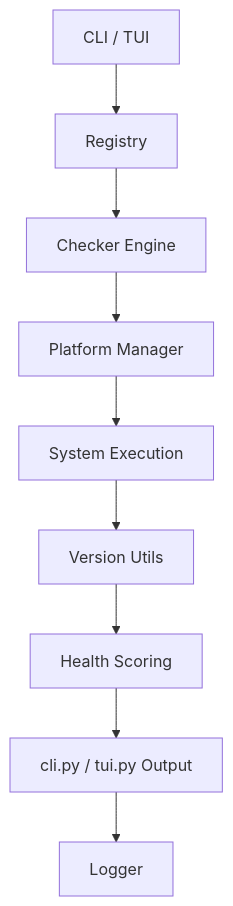
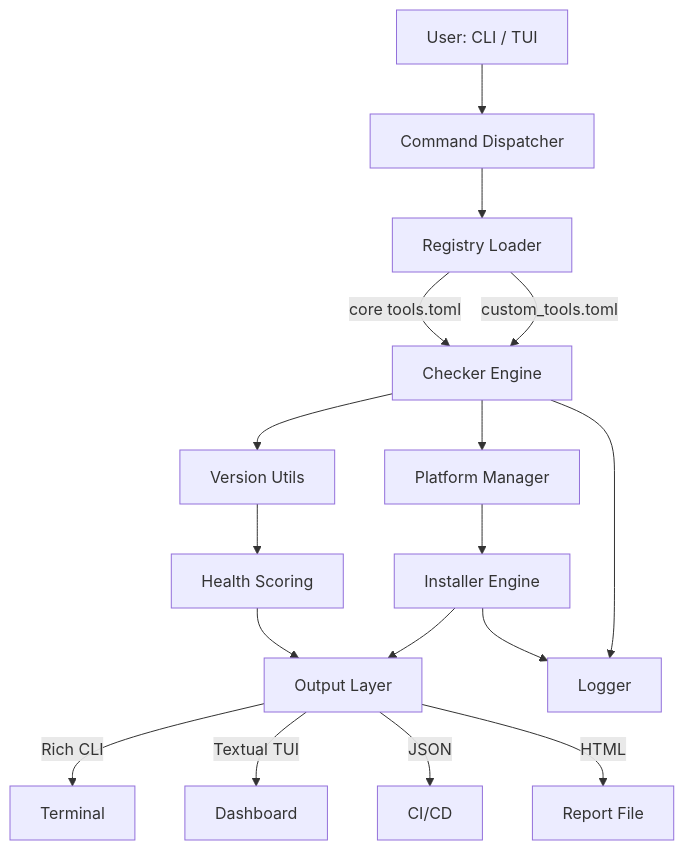
One commit to mimo-to/eSim-Tool-manager changed the first of 2 diagrams in design_document.md. Above: the diagram before and after it, drawn with Mermaid. The commit also changed other lines of this file and 9 other files, not shown here.

````diff
--- a/design_document.md
+++ b/design_document.md
@@ -64,11 +62,19 @@
 ```mermaid
 graph TD
-    A[CLI / TUI] --> B[Registry]
-    B --> C[Checker Engine]
-    C --> D[Platform Manager]
-    D --> E[System Execution]
-    E --> F[Version Utils]
-    F --> G[Health Scoring]
-    G --> H[cli.py / tui.py Output]
-    H --> I[Logger]
+    A[User: CLI / TUI] --> B[Command Dispatcher]
+    B --> C[Registry Loader]
+    C -->|core tools.toml| D[Checker Engine]
+    C -->|custom_tools.toml| D
+    D --> E[Version Utils]
+    D --> F[Platform Manager]
+    E --> G[Health Scoring]
+    F --> H[Installer Engine]
+    G --> I[Output Layer]
+    H --> I
+    I -->|Rich CLI| J[Terminal]
+    I -->|Textual TUI| K[Dashboard]
+    I -->|JSON| L[CI/CD]
+    I -->|HTML| M[Report File]
+    D --> N[Logger]
+    H --> N
 ```
````
